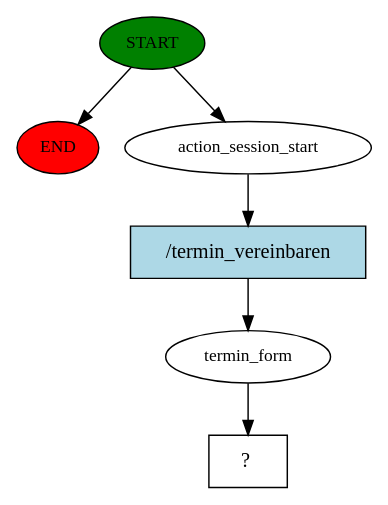
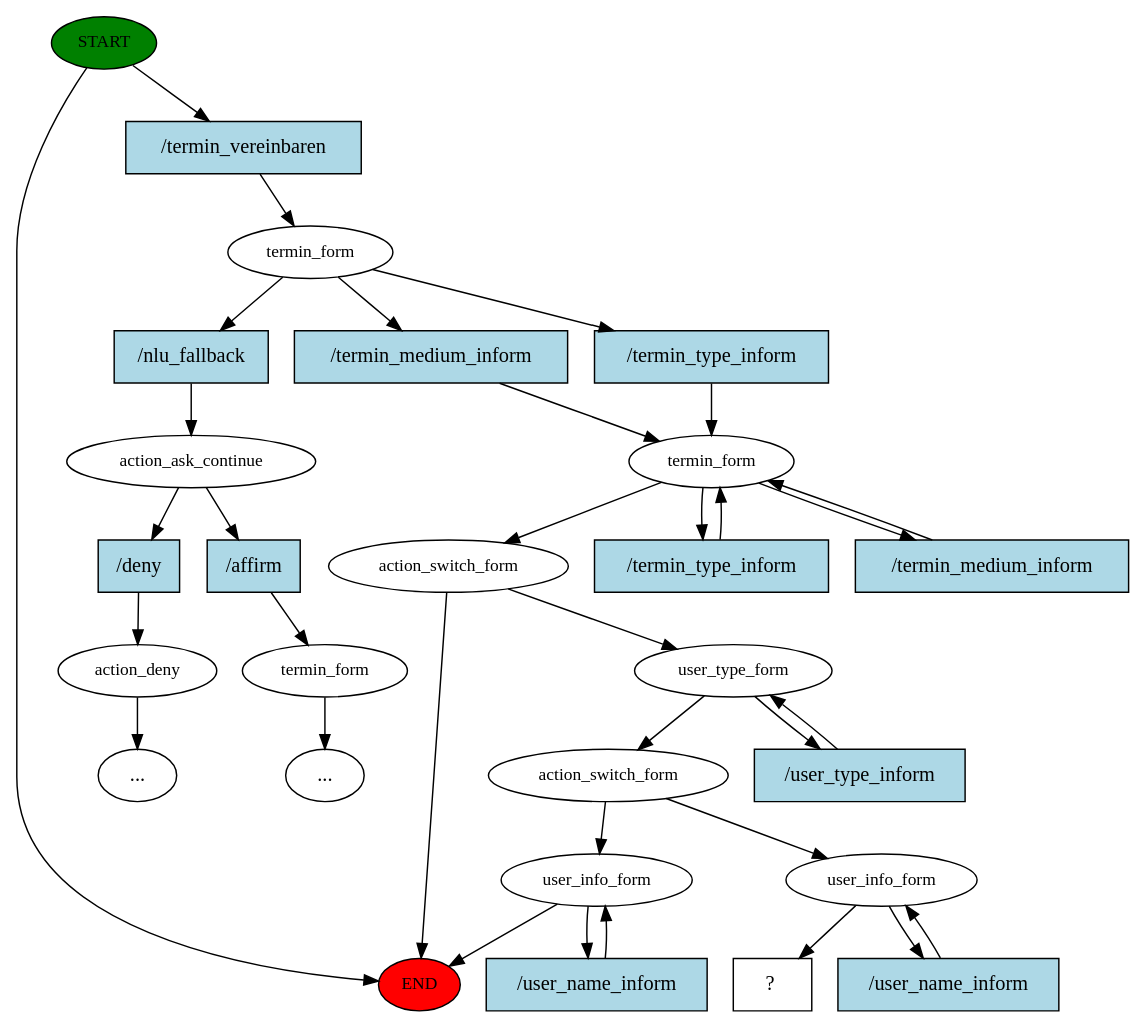
The diagram in bot-pilot-chat/backend/rasa-actions/story_graph.dot (normanboettcher/BotPilot), drawn with Graphviz before and after one commit. The commit also changed 13 other files, not shown here.

```diff
--- a/bot-pilot-chat/backend/rasa-actions/story_graph.dot
+++ b/bot-pilot-chat/backend/rasa-actions/story_graph.dot
@@ -1,13 +1,61 @@
 digraph  {
 0 [class="start active", fillcolor=green, fontsize=12, label=START, style=filled];
 "-1" [class=end, fillcolor=red, fontsize=12, label=END, style=filled];
-1 [class=active, fontsize=12, label=action_session_start];
-2 [class=active, fontsize=12, label=termin_form];
-3 [class="intent dashed active", label="  ?  ", shape=rect];
-4 [class="intent active", fillcolor=lightblue, label="/termin_vereinbaren", shape=rect, style=filled];
+1 [class=active, fontsize=12, label=termin_form];
+2 [class="", fontsize=12, label=action_ask_continue];
+3 [class="", fontsize=12, label=action_deny];
+"-3" [class=ellipsis, label="..."];
+6 [class="", fontsize=12, label=termin_form];
+"-4" [class=ellipsis, label="..."];
+8 [class=active, fontsize=12, label=termin_form];
+10 [class=active, fontsize=12, label=action_switch_form];
+15 [class=active, fontsize=12, label=user_type_form];
+17 [class=active, fontsize=12, label=action_switch_form];
+18 [class="", fontsize=12, label=user_info_form];
+27 [class=active, fontsize=12, label=user_info_form];
+29 [class="intent dashed active", label="  ?  ", shape=rect];
+30 [class="intent active", fillcolor=lightblue, label="/termin_vereinbaren", shape=rect, style=filled];
+31 [class=intent, fillcolor=lightblue, label="/nlu_fallback", shape=rect, style=filled];
+32 [class=intent, fillcolor=lightblue, label="/termin_medium_inform", shape=rect, style=filled];
+33 [class="intent active", fillcolor=lightblue, label="/termin_type_inform", shape=rect, style=filled];
+34 [class=intent, fillcolor=lightblue, label="/deny", shape=rect, style=filled];
+35 [class=intent, fillcolor=lightblue, label="/affirm", shape=rect, style=filled];
+36 [class=intent, fillcolor=lightblue, label="/termin_type_inform", shape=rect, style=filled];
+37 [class="intent active", fillcolor=lightblue, label="/termin_medium_inform", shape=rect, style=filled];
+38 [class="intent active", fillcolor=lightblue, label="/user_type_inform", shape=rect, style=filled];
+39 [class=intent, fillcolor=lightblue, label="/user_name_inform", shape=rect, style=filled];
+40 [class="intent active", fillcolor=lightblue, label="/user_name_inform", shape=rect, style=filled];
 0 -> "-1"  [class="", key=NONE, label=""];
-0 -> 1  [class=active, key=NONE, label=""];
-1 -> 4  [class=active, key=0];
-2 -> 3  [class=active, key=NONE, label=""];
-4 -> 2  [class=active, key=0];
+0 -> 30  [class=active, key=0];
+1 -> 31  [class="", key=0];
+1 -> 32  [class="", key=0];
+1 -> 33  [class=active, key=0];
+2 -> 34  [class="", key=0];
+2 -> 35  [class="", key=0];
+3 -> "-3"  [class="", key=NONE, label=""];
+6 -> "-4"  [class="", key=NONE, label=""];
+8 -> 10  [class=active, key=NONE, label=""];
+8 -> 36  [class="", key=0];
+8 -> 37  [class=active, key=0];
+10 -> "-1"  [class="", key=NONE, label=""];
+10 -> 15  [class=active, key=NONE, label=""];
+15 -> 17  [class=active, key=NONE, label=""];
+15 -> 38  [class=active, key=0];
+17 -> 18  [class="", key=NONE, label=""];
+17 -> 27  [class=active, key=NONE, label=""];
+18 -> "-1"  [class="", key=NONE, label=""];
+18 -> 39  [class="", key=0];
+27 -> 29  [class=active, key=NONE, label=""];
+27 -> 40  [class=active, key=0];
+30 -> 1  [class=active, key=0];
+31 -> 2  [class="", key=0];
+32 -> 8  [class="", key=0];
+33 -> 8  [class=active, key=0];
+34 -> 3  [class="", key=0];
+35 -> 6  [class="", key=0];
+36 -> 8  [class="", key=0];
+37 -> 8  [class=active, key=0];
+38 -> 15  [class=active, key=0];
+39 -> 18  [class="", key=0];
+40 -> 27  [class=active, key=0];
 }
```
